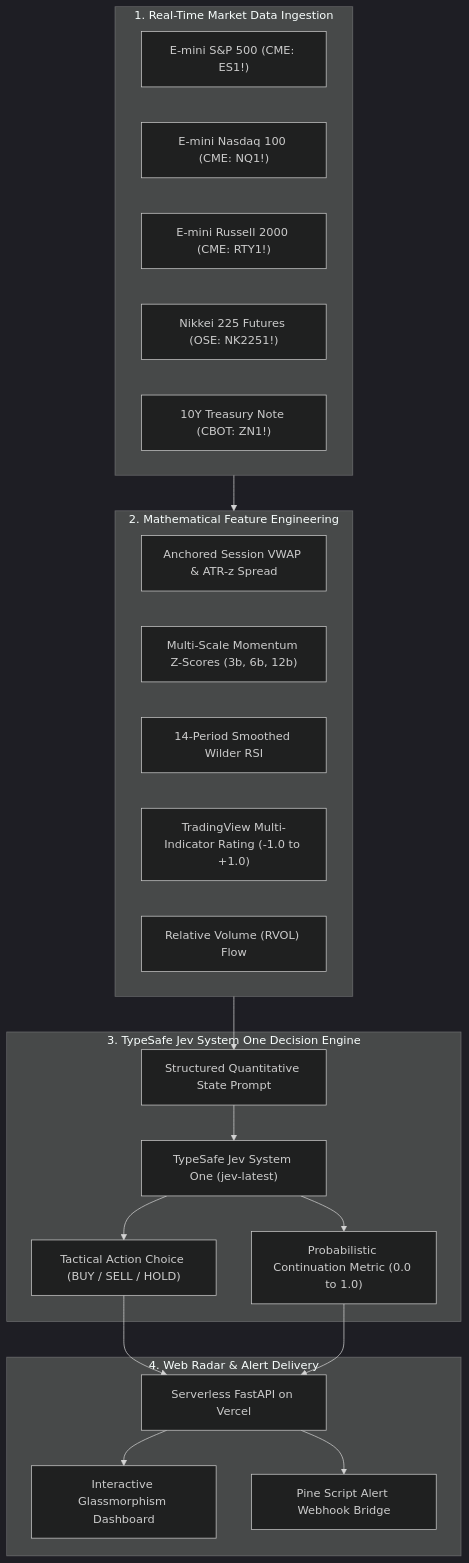
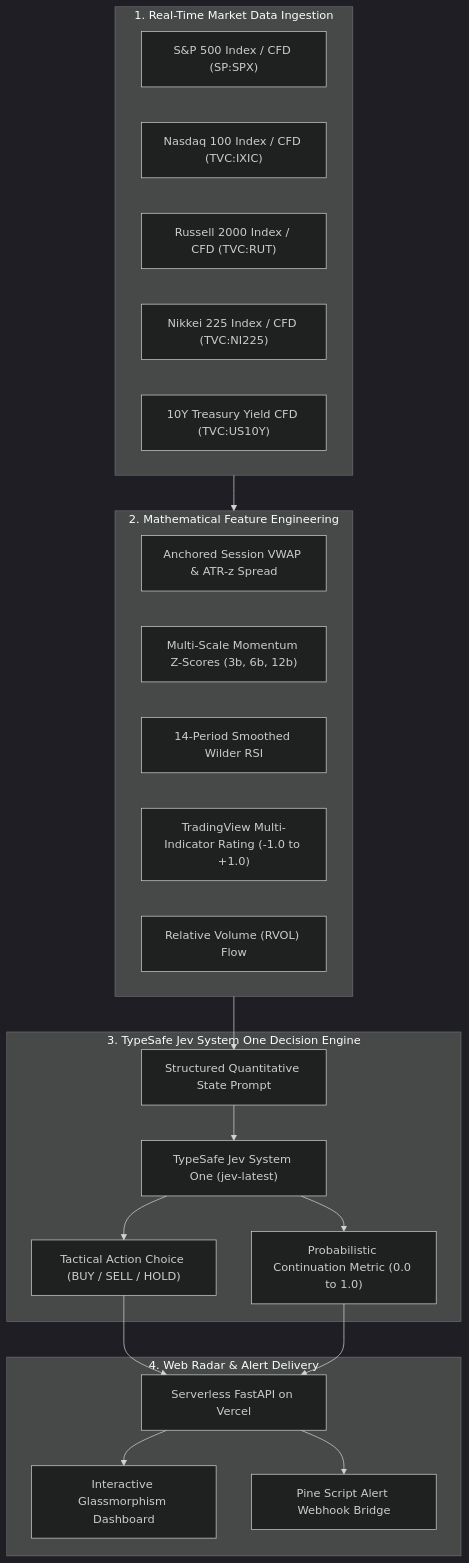
The diagram in METHODOLOGY.md (lioncitydevops/jev-momentum-radar), drawn with Mermaid (dark theme) before and after one commit. The commit also changed other lines of this file and 9 other files, not shown here.

````diff
--- a/METHODOLOGY.md
+++ b/METHODOLOGY.md
@@ -14,38 +14,38 @@
 ```mermaid
 flowchart TD
     subgraph MarketFeeds ["1. Real-Time Market Data Ingestion"]
-        ES["E-mini S&P 500 (CME: ES1!)"]
-        NQ["E-mini Nasdaq 100 (CME: NQ1!)"]
-        RTY["E-mini Russell 2000 (CME: RTY1!)"]
-        NKD["Nikkei 225 Futures (OSE: NK2251!)"]
-        ZN["10Y Treasury Note (CBOT: ZN1!)"]
+        SPX["S&P 500 Index / CFD (SP:SPX)"]
+        NDX["Nasdaq 100 Index / CFD (TVC:IXIC)"]
+        RUT["Russell 2000 Index / CFD (TVC:RUT)"]
+        NI225["Nikkei 225 Index / CFD (TVC:NI225)"]
+        TNX["10Y Treasury Yield CFD (TVC:US10Y)"]
     end
 
     subgraph FeatureEngineering ["2. Mathematical Feature Engineering"]
         VWAP["Anchored Session VWAP & ATR-z Spread"]
         MOM["Multi-Scale Momentum Z-Scores (3b, 6b, 12b)"]
         RSI["14-Period Smoothed Wilder RSI"]
         TVRating["TradingView Multi-Indicator Rating (-1.0 to +1.0)"]
         RVOL["Relative Volume (RVOL) Flow"]
     end
 
     subgraph DecisionLayer ["3. TypeSafe Jev System One Decision Engine"]
         StatePrompt["Structured Quantitative State Prompt"]
         JevAPI["TypeSafe Jev System One (jev-latest)"]
         Choice["Tactical Action Choice (BUY / SELL / HOLD)"]
         Noul["Probabilistic Continuation Metric (0.0 to 1.0)"]
     end
 
     subgraph ExecutionLayer ["4. Web Radar & Alert Delivery"]
         VercelAPI["Serverless FastAPI on Vercel"]
         Dashboard["Interactive Glassmorphism Dashboard"]
         TVWebhook["Pine Script Alert Webhook Bridge"]
     end
 
     MarketFeeds --> FeatureEngineering
     FeatureEngineering --> StatePrompt
     StatePrompt --> JevAPI
     JevAPI --> Choice & Noul
     Choice & Noul --> VercelAPI
     VercelAPI --> Dashboard & TVWebhook
 ```
````
